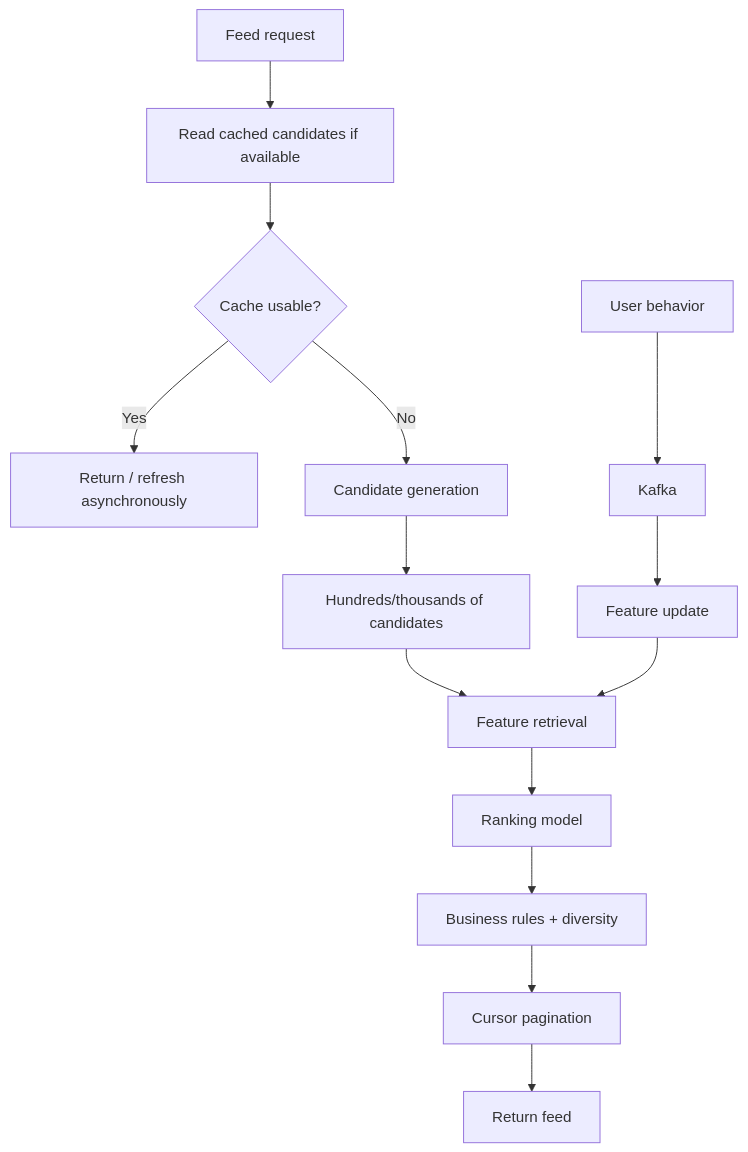
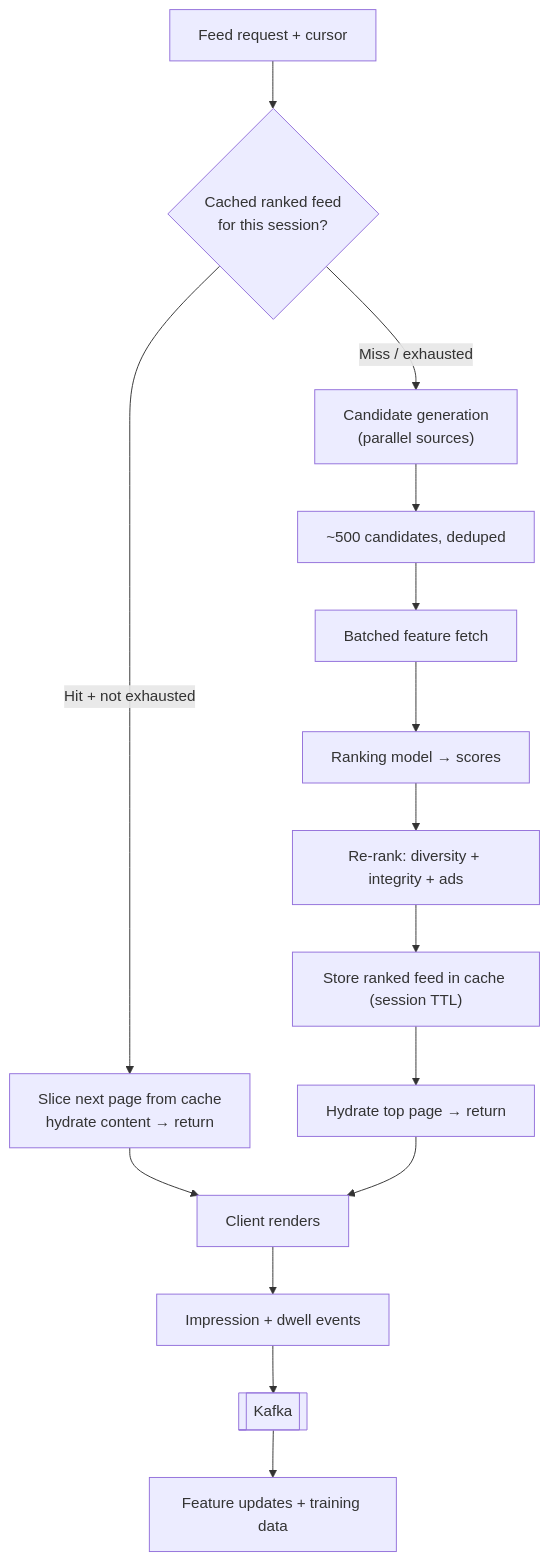
Before and after one commit to pankajThakur1874/studysheet: the seventh of 10 diagrams in files/07-design-questions/10-news-feed.md, drawn with Mermaid. The commit also changed other lines of this file and 5 other files, not shown here.

````diff
--- a/files/07-design-questions/10-news-feed.md
+++ b/files/07-design-questions/10-news-feed.md
@@ -103,16 +331,16 @@
 ```mermaid
 flowchart TD
-    A[Feed request] --> B[Read cached candidates if available]
-    B --> C{"Cache usable?"}
-    C -->|Yes| D["Return / refresh asynchronously"]
-    C -->|No| E[Candidate generation]
-    E --> F["Hundreds/thousands of candidates"]
-    F --> G[Feature retrieval]
-    G --> H[Ranking model]
-    H --> I["Business rules + diversity"]
-    I --> J[Cursor pagination]
-    J --> K[Return feed]
-    L[User behavior] --> M[Kafka]
-    M --> N[Feature update]
-    N --> G
+    A[Feed request + cursor] --> B{"Cached ranked feed<br/>for this session?"}
+    B -->|Hit + not exhausted| C["Slice next page from cache<br/>hydrate content → return"]
+    B -->|Miss / exhausted| D["Candidate generation<br/>(parallel sources)"]
+    D --> E["~500 candidates, deduped"]
+    E --> F["Batched feature fetch"]
+    F --> G["Ranking model → scores"]
+    G --> H["Re-rank: diversity + integrity + ads"]
+    H --> I["Store ranked feed in cache (session TTL)"]
+    I --> J["Hydrate top page → return"]
+    C --> K[Client renders]
+    J --> K
+    K --> L["Impression + dwell events"] --> M[["Kafka"]]
+    M --> N["Feature updates + training data"]
 ```
````
